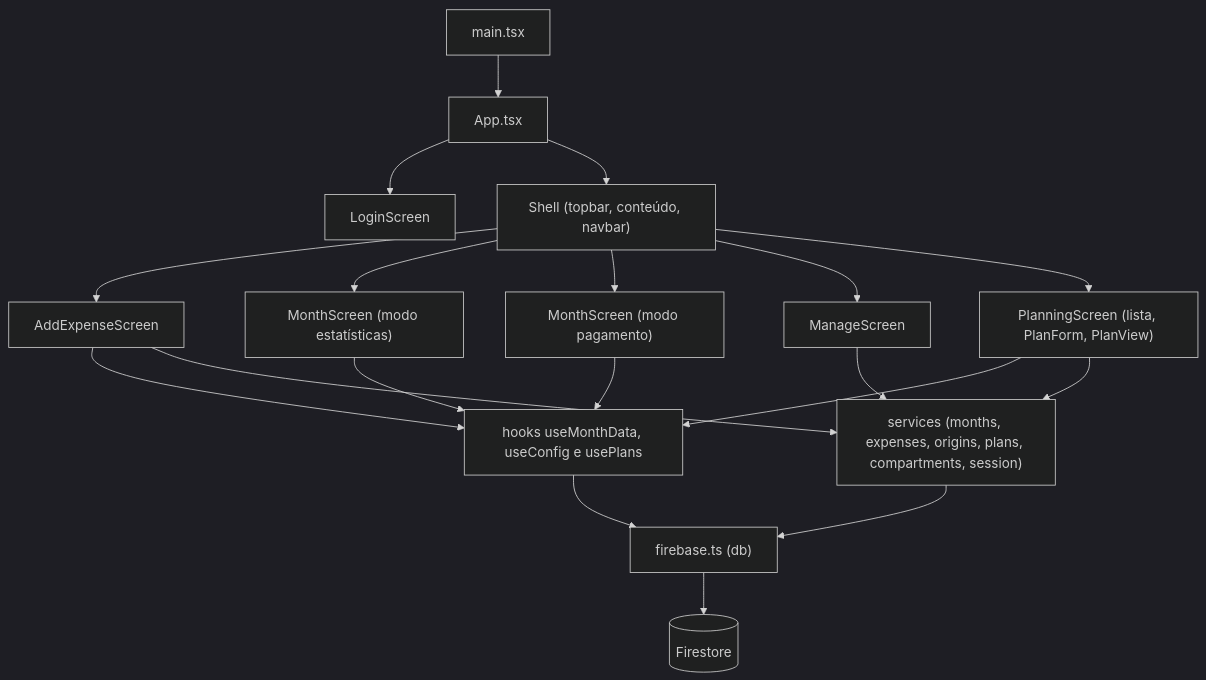
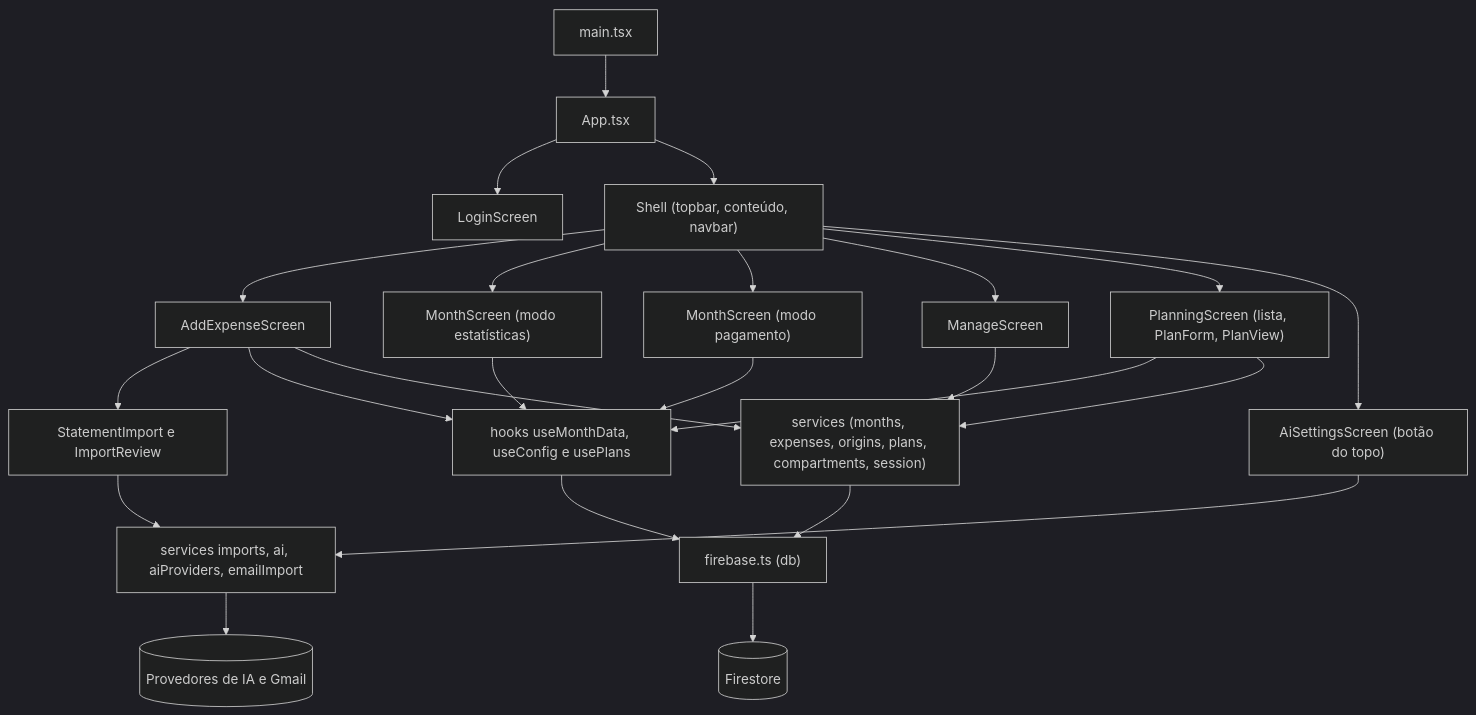
Before and after one commit to RuanPS01/cash-organizer-web: the diagram in docs/01-arquitetura.md, drawn with Mermaid (dark theme). The commit also changed other lines of this file and 12 other files, not shown here.

````diff
--- a/docs/01-arquitetura.md
+++ b/docs/01-arquitetura.md
@@ -14,21 +19,26 @@
 ```mermaid
 flowchart TD
   A["main.tsx"] --> B["App.tsx"]
   B --> C["LoginScreen"]
   B --> D["Shell (topbar, conteúdo, navbar)"]
   D --> E["AddExpenseScreen"]
   D --> F["MonthScreen (modo estatísticas)"]
   D --> G["MonthScreen (modo pagamento)"]
   D --> H["ManageScreen"]
   D --> P["PlanningScreen (lista, PlanForm, PlanView)"]
+  D --> Q["AiSettingsScreen (botão do topo)"]
+  E --> R["StatementImport e ImportReview"]
   E --> I["hooks useMonthData, useConfig e usePlans"]
+  R --> S["services imports, ai, aiProviders, emailImport"]
+  Q --> S
+  S --> T[("Provedores de IA e Gmail")]
   F --> I
   G --> I
   P --> I
   H --> J
   P --> J
   E --> J["services (months, expenses, origins, plans, compartments, session)"]
   I --> K["firebase.ts (db)"]
   J --> K
   K --> L[("Firestore")]
 ```
````
